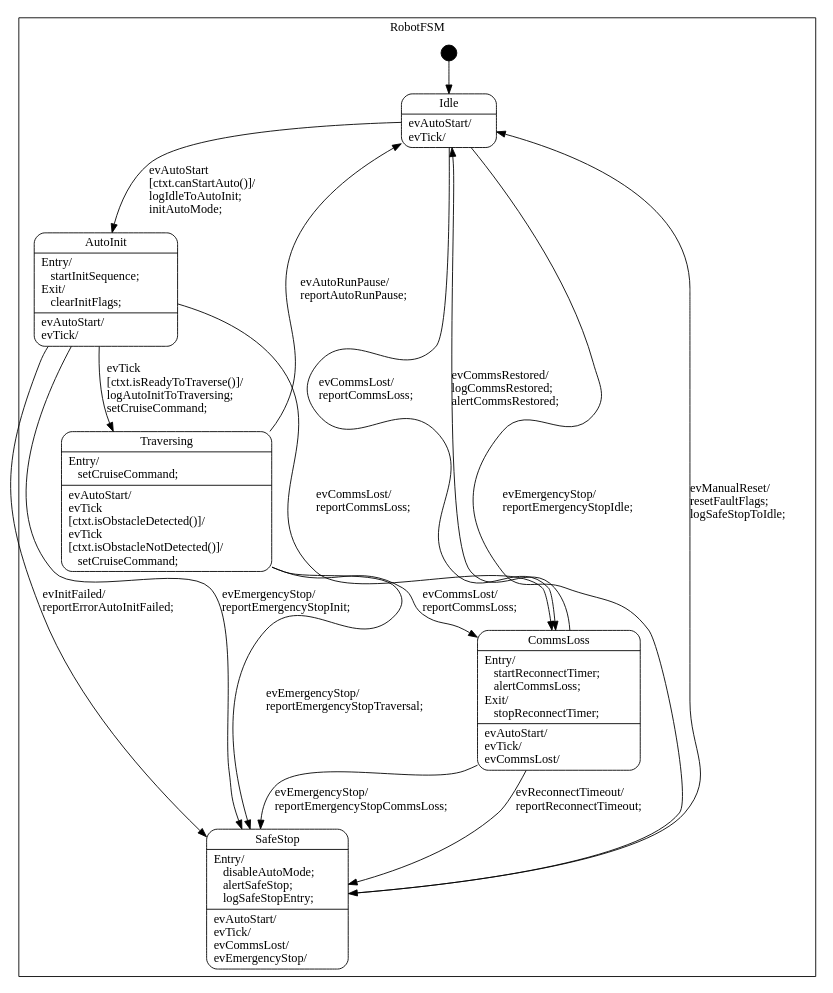
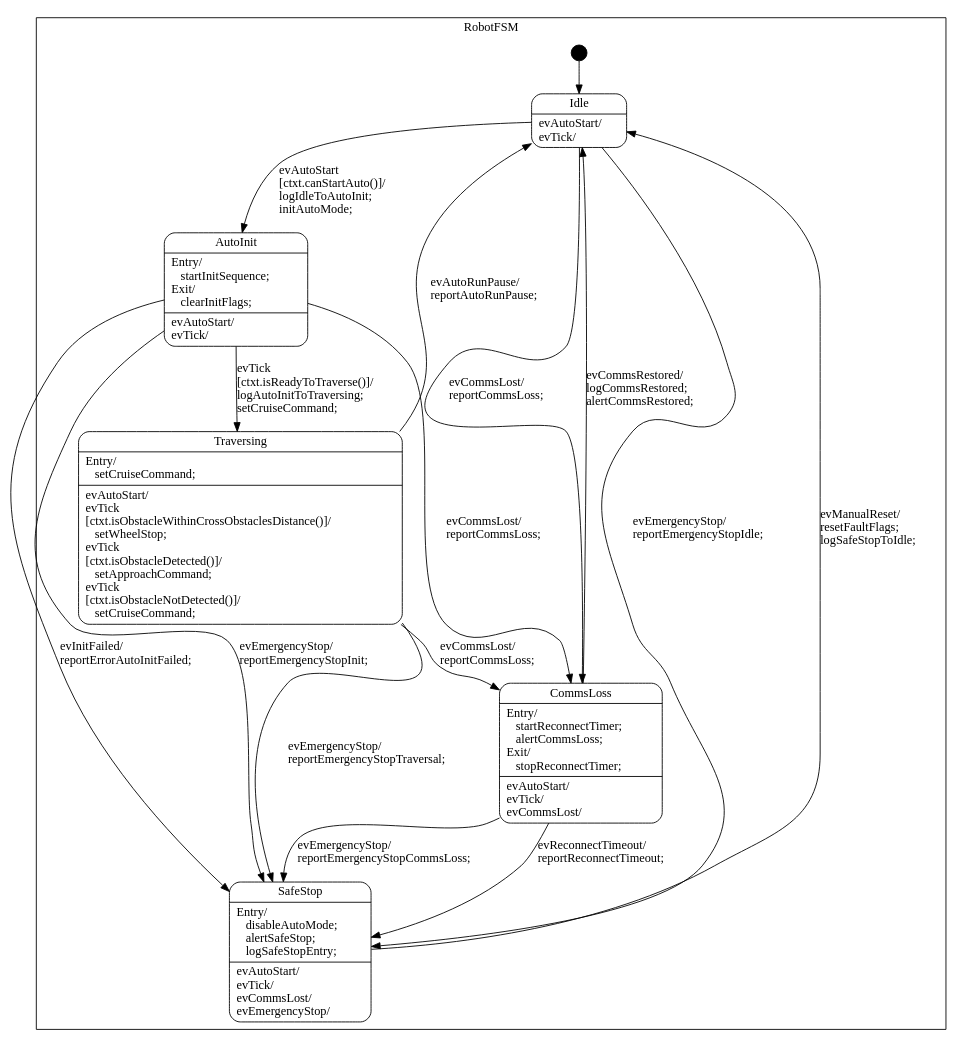
Before and after one commit to major173/b29_control: the diagram in b29_controllers/b29_smc_auto_controller/gen/RobotFSM_sm.dot, drawn with Graphviz. The commit also changed 38 other files, not shown here.

```diff
--- a/b29_controllers/b29_smc_auto_controller/gen/RobotFSM_sm.dot
+++ b/b29_controllers/b29_smc_auto_controller/gen/RobotFSM_sm.dot
@@ -1,81 +1,81 @@
 digraph RobotFSM {
 
     node
         [shape=Mrecord width=1.5];
 
     subgraph cluster_RobotFSM {
 
         label="RobotFSM";
 
         //
         // States (Nodes)
         //
 
         "RobotFSM::Idle"
             [label="{Idle|evAutoStart/\levTick/\l}"];
 
         "RobotFSM::AutoInit"
             [label="{AutoInit|Entry/\l&nbsp;&nbsp;&nbsp;startInitSequence;\lExit/\l&nbsp;&nbsp;&nbsp;clearInitFlags;\l|evAutoStart/\levTick/\l}"];
 
         "RobotFSM::Traversing"
-            [label="{Traversing|Entry/\l&nbsp;&nbsp;&nbsp;setCruiseCommand;\l|evAutoStart/\levTick\l\[ctxt.isObstacleDetected()\]/\levTick\l\[ctxt.isObstacleNotDetected()\]/\l&nbsp;&nbsp;&nbsp;setCruiseCommand;\l}"];
+            [label="{Traversing|Entry/\l&nbsp;&nbsp;&nbsp;setCruiseCommand;\l|evAutoStart/\levTick\l\[ctxt.isObstacleWithinCrossObstaclesDistance()\]/\l&nbsp;&nbsp;&nbsp;setWheelStop;\levTick\l\[ctxt.isObstacleDetected()\]/\l&nbsp;&nbsp;&nbsp;setApproachCommand;\levTick\l\[ctxt.isObstacleNotDetected()\]/\l&nbsp;&nbsp;&nbsp;setCruiseCommand;\l}"];
 
         "RobotFSM::CommsLoss"
             [label="{CommsLoss|Entry/\l&nbsp;&nbsp;&nbsp;startReconnectTimer;\l&nbsp;&nbsp;&nbsp;alertCommsLoss;\lExit/\l&nbsp;&nbsp;&nbsp;stopReconnectTimer;\l|evAutoStart/\levTick/\levCommsLost/\l}"];
 
         "RobotFSM::SafeStop"
             [label="{SafeStop|Entry/\l&nbsp;&nbsp;&nbsp;disableAutoMode;\l&nbsp;&nbsp;&nbsp;alertSafeStop;\l&nbsp;&nbsp;&nbsp;logSafeStopEntry;\l|evAutoStart/\levTick/\levCommsLost/\levEmergencyStop/\l}"];
 
         "%start"
             [label="" shape=circle style=filled fillcolor=black width=0.25];
 
         //
         // Transitions (Edges)
         //
 
         "RobotFSM::Idle" -> "RobotFSM::AutoInit"
             [label="evAutoStart\l\[ctxt.canStartAuto()\]/\llogIdleToAutoInit;\linitAutoMode;\l"];
 
         "RobotFSM::Idle" -> "RobotFSM::CommsLoss"
             [label="evCommsLost/\lreportCommsLoss;\l"];
 
         "RobotFSM::Idle" -> "RobotFSM::SafeStop"
             [label="evEmergencyStop/\lreportEmergencyStopIdle;\l"];
 
         "RobotFSM::AutoInit" -> "RobotFSM::Traversing"
             [label="evTick\l\[ctxt.isReadyToTraverse()\]/\llogAutoInitToTraversing;\lsetCruiseCommand;\l"];
 
         "RobotFSM::AutoInit" -> "RobotFSM::SafeStop"
             [label="evInitFailed/\lreportErrorAutoInitFailed;\l"];
 
         "RobotFSM::AutoInit" -> "RobotFSM::CommsLoss"
             [label="evCommsLost/\lreportCommsLoss;\l"];
 
         "RobotFSM::AutoInit" -> "RobotFSM::SafeStop"
             [label="evEmergencyStop/\lreportEmergencyStopInit;\l"];
 
         "RobotFSM::Traversing" -> "RobotFSM::Idle"
             [label="evAutoRunPause/\lreportAutoRunPause;\l"];
 
         "RobotFSM::Traversing" -> "RobotFSM::CommsLoss"
             [label="evCommsLost/\lreportCommsLoss;\l"];
 
         "RobotFSM::Traversing" -> "RobotFSM::SafeStop"
             [label="evEmergencyStop/\lreportEmergencyStopTraversal;\l"];
 
         "RobotFSM::CommsLoss" -> "RobotFSM::Idle"
             [label="evCommsRestored/\llogCommsRestored;\lalertCommsRestored;\l"];
 
         "RobotFSM::CommsLoss" -> "RobotFSM::SafeStop"
             [label="evReconnectTimeout/\lreportReconnectTimeout;\l"];
 
         "RobotFSM::CommsLoss" -> "RobotFSM::SafeStop"
             [label="evEmergencyStop/\lreportEmergencyStopCommsLoss;\l"];
 
         "RobotFSM::SafeStop" -> "RobotFSM::Idle"
             [label="evManualReset/\lresetFaultFlags;\llogSafeStopToIdle;\l"];
 
         "%start" -> "RobotFSM::Idle"
     }
 
 }
```
